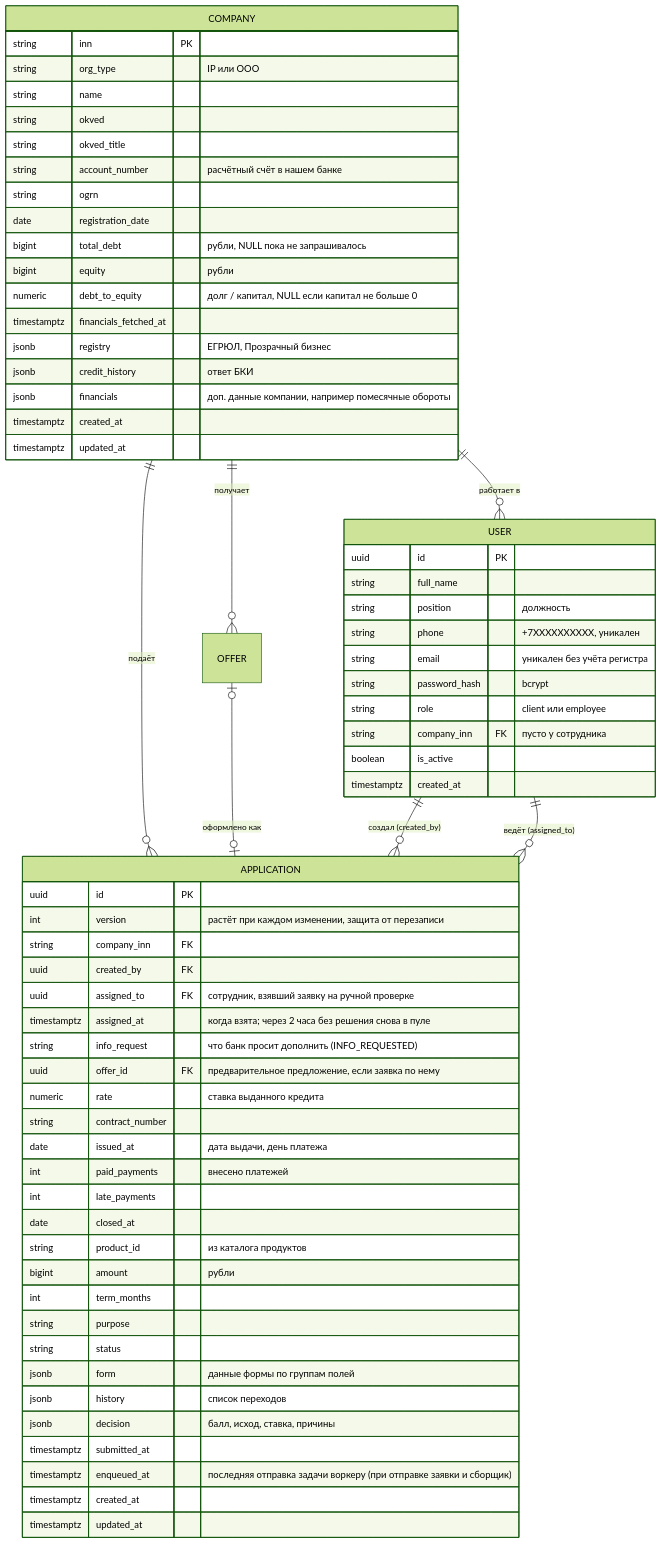
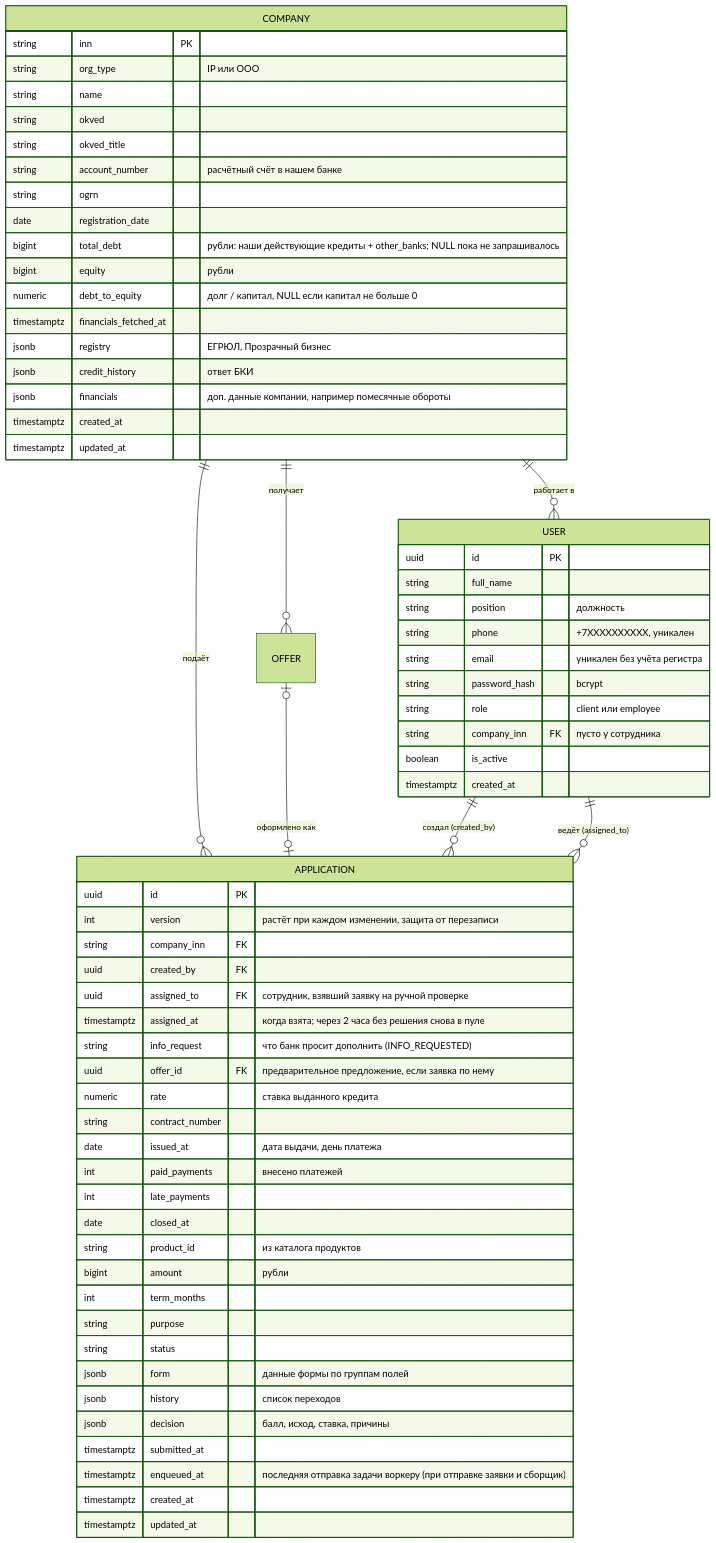
Before and after one commit to rudast/alpha-hack-2026: the diagram in docs/data-model.md, drawn with Mermaid (forest theme). The commit also changed other lines of this file and 16 other files, not shown here.

Commit message:
API считает долг: наши кредиты + кредиты в других банках

````diff
--- a/docs/data-model.md
+++ b/docs/data-model.md
@@ -6,69 +6,69 @@
 ```mermaid
 erDiagram
     COMPANY ||--o{ USER : "работает в"
     COMPANY ||--o{ APPLICATION : "подаёт"
     COMPANY ||--o{ OFFER : "получает"
     OFFER |o--o| APPLICATION : "оформлено как"
     USER ||--o{ APPLICATION : "создал (created_by)"
     USER ||--o{ APPLICATION : "ведёт (assigned_to)"
 
     COMPANY {
         string inn PK
         string org_type "IP или OOO"
         string name
         string okved
         string okved_title
         string account_number "расчётный счёт в нашем банке"
         string ogrn
         date registration_date
-        bigint total_debt "рубли, NULL пока не запрашивалось"
+        bigint total_debt "рубли: наши действующие кредиты + other_banks; NULL пока не запрашивалось"
         bigint equity "рубли"
         numeric debt_to_equity "долг / капитал, NULL если капитал не больше 0"
         timestamptz financials_fetched_at
         jsonb registry "ЕГРЮЛ, Прозрачный бизнес"
         jsonb credit_history "ответ БКИ"
         jsonb financials "доп. данные компании, например помесячные обороты"
         timestamptz created_at
         timestamptz updated_at
     }
     USER {
         uuid id PK
         string full_name
         string position "должность"
         string phone "+7XXXXXXXXXX, уникален"
         string email "уникален без учёта регистра"
         string password_hash "bcrypt"
         string role "client или employee"
         string company_inn FK "пусто у сотрудника"
         boolean is_active
         timestamptz created_at
     }
     APPLICATION {
         uuid id PK
         int version "растёт при каждом изменении, защита от перезаписи"
         string company_inn FK
         uuid created_by FK
         uuid assigned_to FK "сотрудник, взявший заявку на ручной проверке"
         timestamptz assigned_at "когда взята; через 2 часа без решения снова в пуле"
         string info_request "что банк просит дополнить (INFO_REQUESTED)"
         uuid offer_id FK "предварительное предложение, если заявка по нему"
         numeric rate "ставка выданного кредита"
         string contract_number
         date issued_at "дата выдачи, день платежа"
         int paid_payments "внесено платежей"
         int late_payments
         date closed_at
         string product_id "из каталога продуктов"
         bigint amount "рубли"
         int term_months
         string purpose
         string status
         jsonb form "данные формы по группам полей"
         jsonb history "список переходов"
         jsonb decision "балл, исход, ставка, причины"
         timestamptz submitted_at
         timestamptz enqueued_at "последняя отправка задачи воркеру (при отправке заявки и сборщик)"
         timestamptz created_at
         timestamptz updated_at
     }
 ```
````
